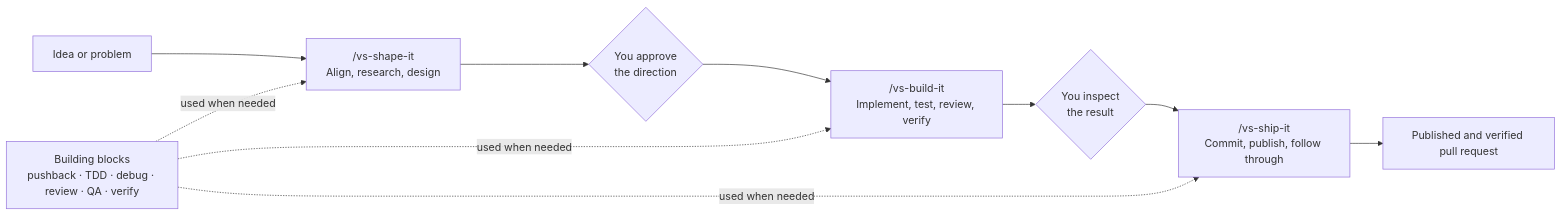
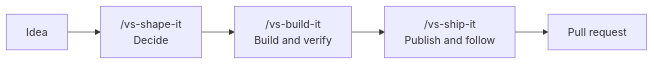
The first of 4 diagrams in README.md (vltansky/vs), drawn with Mermaid before and after one commit. The commit also changed other lines of this file, not shown here.

````diff
--- a/README.md
+++ b/README.md
@@ -13,14 +8,7 @@
 ```mermaid
 flowchart LR
-    I[Idea or problem] --> S["/vs-shape-it<br/>Align, research, design"]
-    S --> A{"You approve<br/>the direction"}
-    A --> B["/vs-build-it<br/>Implement, test, review, verify"]
-    B --> R{"You inspect<br/>the result"}
-    R --> P["/vs-ship-it<br/>Commit, publish, follow through"]
-    P --> O[Published and verified pull request]
-
-    BB["Building blocks<br/>pushback · TDD · debug · review · QA · verify"]
-    BB -. used when needed .-> S
-    BB -. used when needed .-> B
-    BB -. used when needed .-> P
+    I[Idea] --> S["/vs-shape-it<br/>Decide"]
+    S --> B["/vs-build-it<br/>Build and verify"]
+    B --> P["/vs-ship-it<br/>Publish and follow"]
+    P --> O[Pull request]
 ```
````
